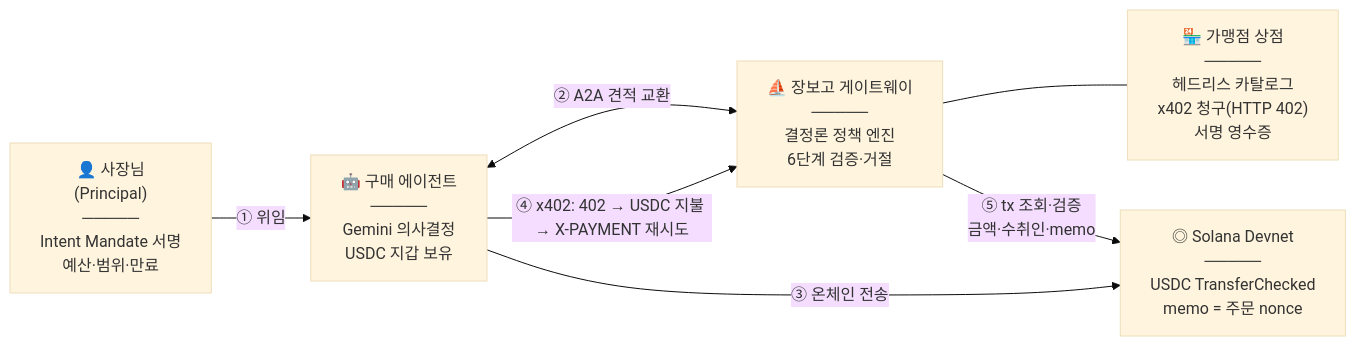
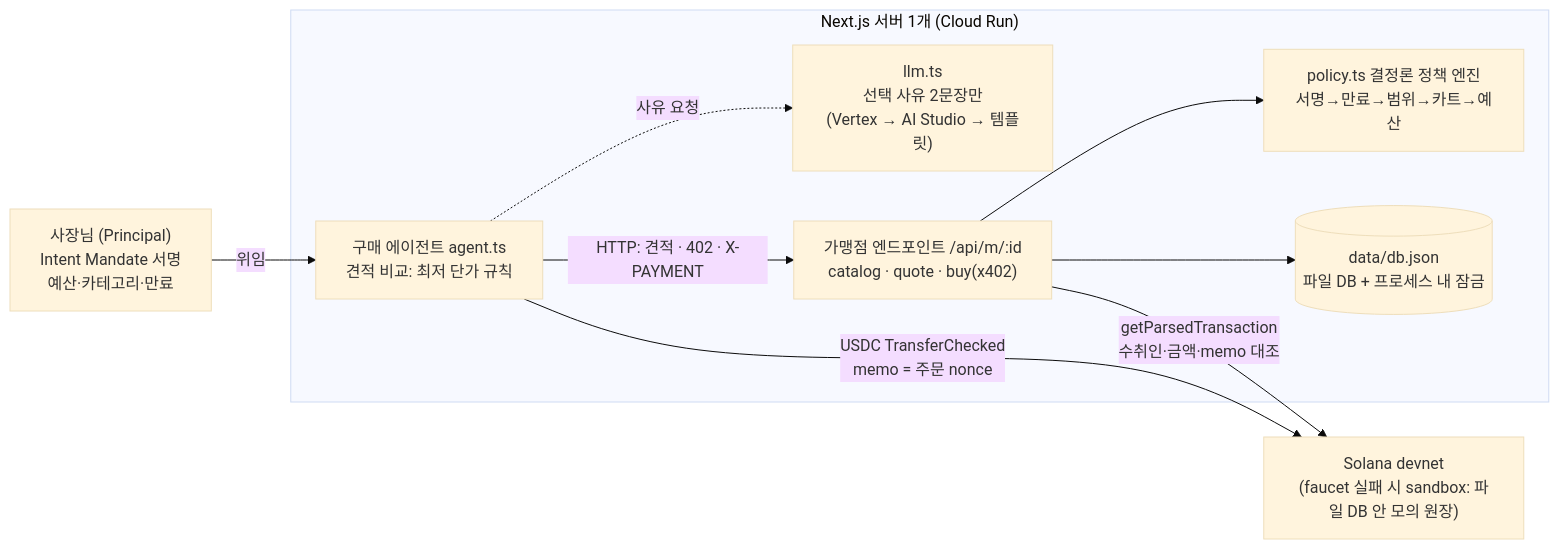
The first of 2 diagrams in README.md (jang961111-hash/jangbogo), drawn with Mermaid (base theme) before and after one commit. The commit also changed other lines of this file and 7 other files, not shown here.

````diff
--- a/README.md
+++ b/README.md
@@ -63,9 +48,17 @@
 ```mermaid
 flowchart LR
-    P["👤 사장님<br/>(Principal)<br/>─────<br/>Intent Mandate 서명<br/>예산·범위·만료"] -->|① 위임| A["🤖 구매 에이전트<br/>─────<br/>Gemini 의사결정<br/>USDC 지갑 보유"]
-    A <-->|② A2A 견적 교환| G["⛵ 장보고 게이트웨이<br/>─────<br/>결정론 정책 엔진<br/>6단계 검증·거절"]
-    G --- M["🏪 가맹점 상점<br/>─────<br/>헤드리스 카탈로그<br/>x402 청구(HTTP 402)<br/>서명 영수증"]
-    A -->|"④ x402: 402 → USDC 지불 → X-PAYMENT 재시도"| G
-    G -->|"⑤ tx 조회·검증<br/>금액·수취인·memo"| S["◎ Solana Devnet<br/>─────<br/>USDC TransferChecked<br/>memo = 주문 nonce"]
-    A -->|"③ 온체인 전송"| S
+  P["사장님 (Principal)<br/>Intent Mandate 서명<br/>예산·카테고리·만료"] -->|위임| A
+  subgraph APP["Next.js 서버 1개 (Cloud Run)"]
+    A["구매 에이전트 agent.ts<br/>견적 비교: 최저 단가 규칙"]
+    L["llm.ts<br/>선택 사유 2문장만<br/>(Vertex → AI Studio → 템플릿)"]
+    G["가맹점 엔드포인트 /api/m/:id<br/>catalog · quote · buy(x402)"]
+    POL["policy.ts 결정론 정책 엔진<br/>서명→만료→범위→카트→예산"]
+    DB[("data/db.json<br/>파일 DB + 프로세스 내 잠금")]
+  end
+  A -. "사유 요청" .-> L
+  A -->|"HTTP: 견적 · 402 · X-PAYMENT"| G
+  G --> POL
+  G --> DB
+  A -->|"USDC TransferChecked<br/>memo = 주문 nonce"| S["Solana devnet<br/>(faucet 실패 시 sandbox: 파일 DB 안 모의 원장)"]
+  G -->|"getParsedTransaction<br/>수취인·금액·memo 대조"| S
 ```
````
